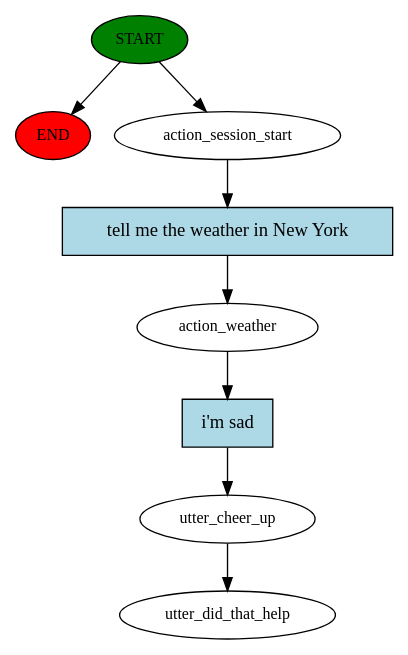
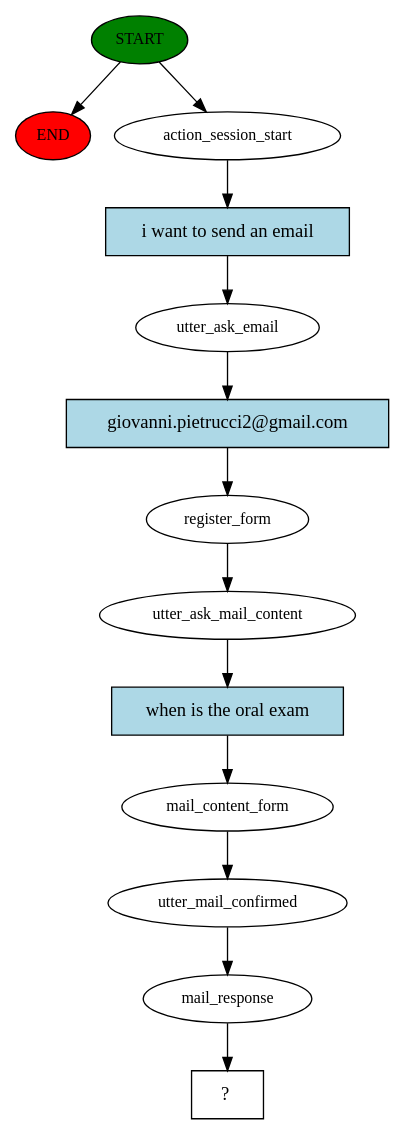
One commit to kode-git/NeMo changed the diagram in rasa/story_graph.dot. Above: the diagram before and after it, drawn with Graphviz. The commit also changed 12 other files, not shown here.

```diff
--- a/rasa/story_graph.dot
+++ b/rasa/story_graph.dot
@@ -1,17 +1,27 @@
 digraph  {
 0 [class="start active", fillcolor=green, fontsize=12, label=START, style=filled];
 "-1" [class=end, fillcolor=red, fontsize=12, label=END, style=filled];
 1 [class=active, fontsize=12, label=action_session_start];
-2 [class=active, fontsize=12, label=action_weather];
-3 [class=active, fontsize=12, label=utter_cheer_up];
-4 [class="dashed active", fontsize=12, label=utter_did_that_help];
-5 [class="intent active", fillcolor=lightblue, label="tell me the weather in New York", shape=rect, style=filled];
-6 [class="intent active", fillcolor=lightblue, label="i'm sad", shape=rect, style=filled];
+2 [class=active, fontsize=12, label=utter_ask_email];
+3 [class=active, fontsize=12, label=register_form];
+4 [class=active, fontsize=12, label=utter_ask_mail_content];
+5 [class=active, fontsize=12, label=mail_content_form];
+6 [class=active, fontsize=12, label=utter_mail_confirmed];
+7 [class=active, fontsize=12, label=mail_response];
+8 [class="intent dashed active", label="  ?  ", shape=rect];
+9 [class="intent active", fillcolor=lightblue, label="i want to send an email", shape=rect, style=filled];
+10 [class="intent active", fillcolor=lightblue, label="giovanni.pietrucci2@gmail.com", shape=rect, style=filled];
+11 [class="intent active", fillcolor=lightblue, label="when is the oral exam", shape=rect, style=filled];
 0 -> "-1"  [class="", key=NONE, label=""];
 0 -> 1  [class=active, key=NONE, label=""];
-1 -> 5  [class=active, key=0];
-2 -> 6  [class=active, key=0];
+1 -> 9  [class=active, key=0];
+2 -> 10  [class=active, key=0];
 3 -> 4  [class=active, key=NONE, label=""];
-5 -> 2  [class=active, key=0];
-6 -> 3  [class=active, key=0];
+4 -> 11  [class=active, key=0];
+5 -> 6  [class=active, key=NONE, label=""];
+6 -> 7  [class=active, key=NONE, label=""];
+7 -> 8  [class=active, key=NONE, label=""];
+9 -> 2  [class=active, key=0];
+10 -> 3  [class=active, key=0];
+11 -> 5  [class=active, key=0];
 }
```
